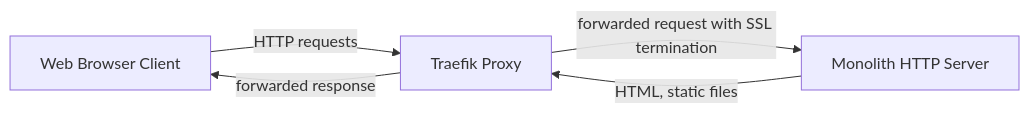
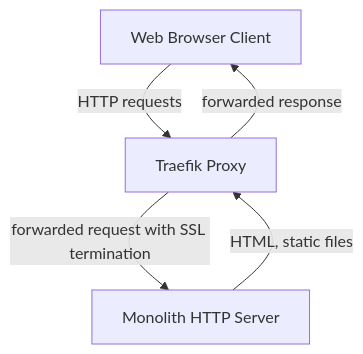
The diagram in docs/architecture/README.md (Tiernebre/zone-blitz-deprecated), drawn with Mermaid before and after one commit. The commit also changed other lines of this file, not shown here.

Commit message:
Make cloud architecture diagram easier to read (#24)

````diff
--- a/docs/architecture/README.md
+++ b/docs/architecture/README.md
@@ -3,10 +5,10 @@
 ```mermaid
-flowchart LR
+flowchart TB
   client[Web Browser Client]
   proxy[Traefik Proxy]
   server[Monolith HTTP Server]
   client -- HTTP requests --> proxy
   server -- HTML, static files --> proxy
   proxy -- forwarded request with SSL termination--> server
   proxy -- forwarded response --> client
 ```
````
